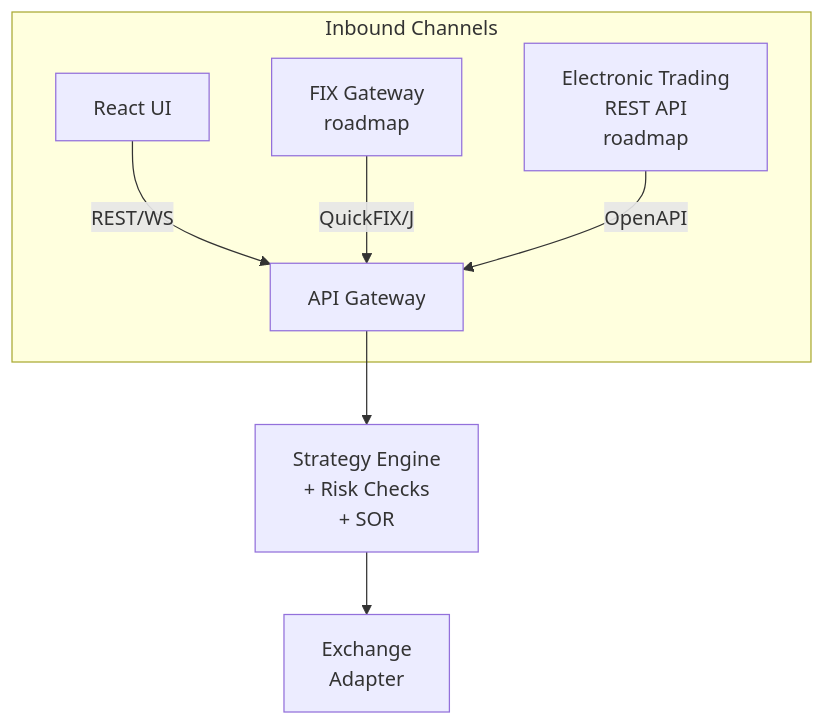
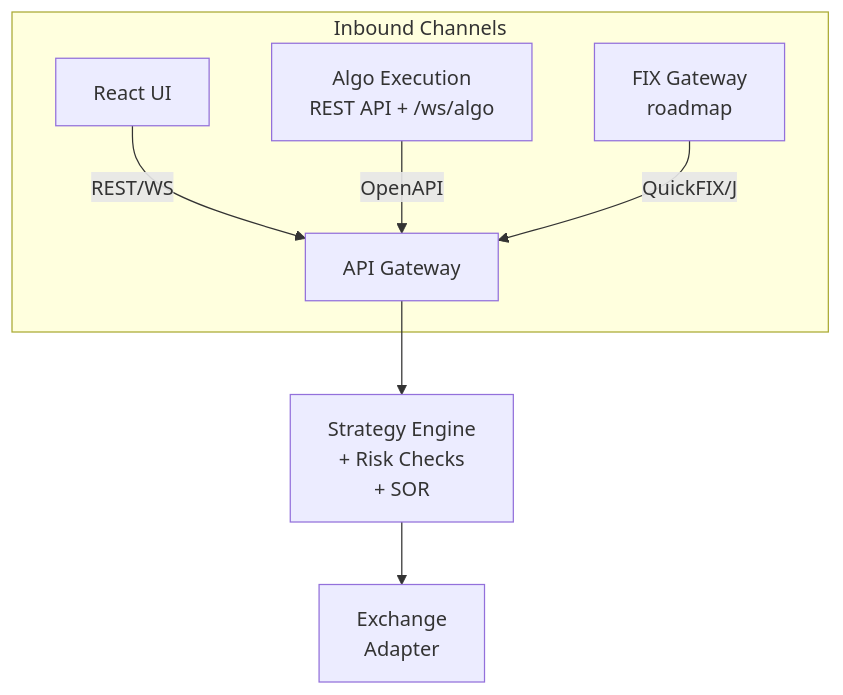
One commit to drag0sd0g/MariaAlpha changed diagram 11 of 19 in docs/technical-design-document.md. Above: the diagram before and after it, drawn with Mermaid. The commit also changed other lines of this file and 13 other files, not shown here.

````diff
--- a/docs/technical-design-document.md
+++ b/docs/technical-design-document.md
@@ -874,11 +885,11 @@
 ```mermaid
 graph TB
     subgraph "Inbound Channels"
         UI[React UI] -->|REST/WS| GW[API Gateway]
+        REST[Algo Execution<br/>REST API + /ws/algo] -->|OpenAPI| GW
         FIX[FIX Gateway<br/>roadmap] -->|QuickFIX/J| GW
-        REST[Electronic Trading<br/>REST API<br/>roadmap] -->|OpenAPI| GW
     end
 
     GW --> SE[Strategy Engine<br/>+ Risk Checks<br/>+ SOR]
     SE --> EE[Exchange<br/>Adapter]
 ```
````
